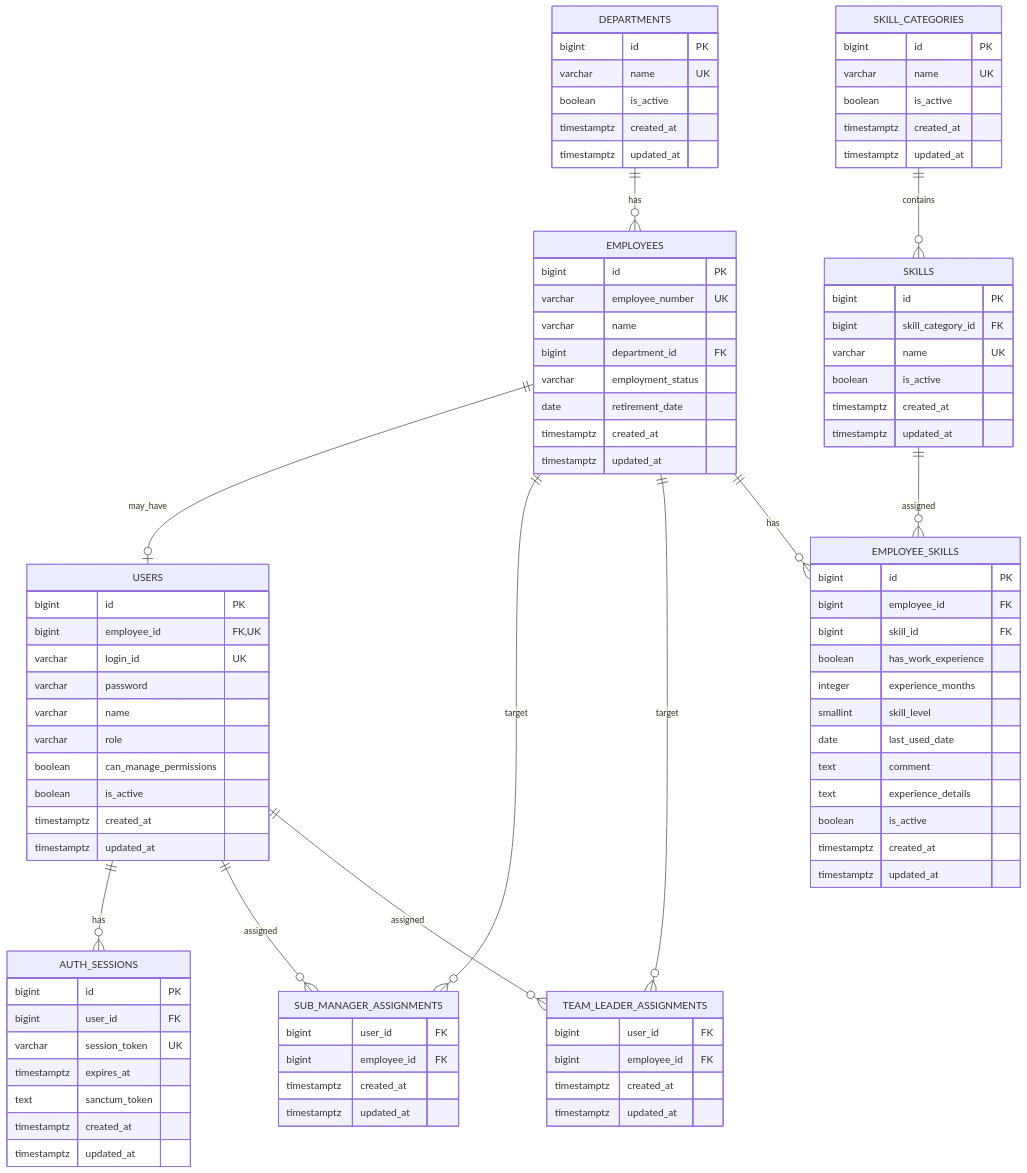
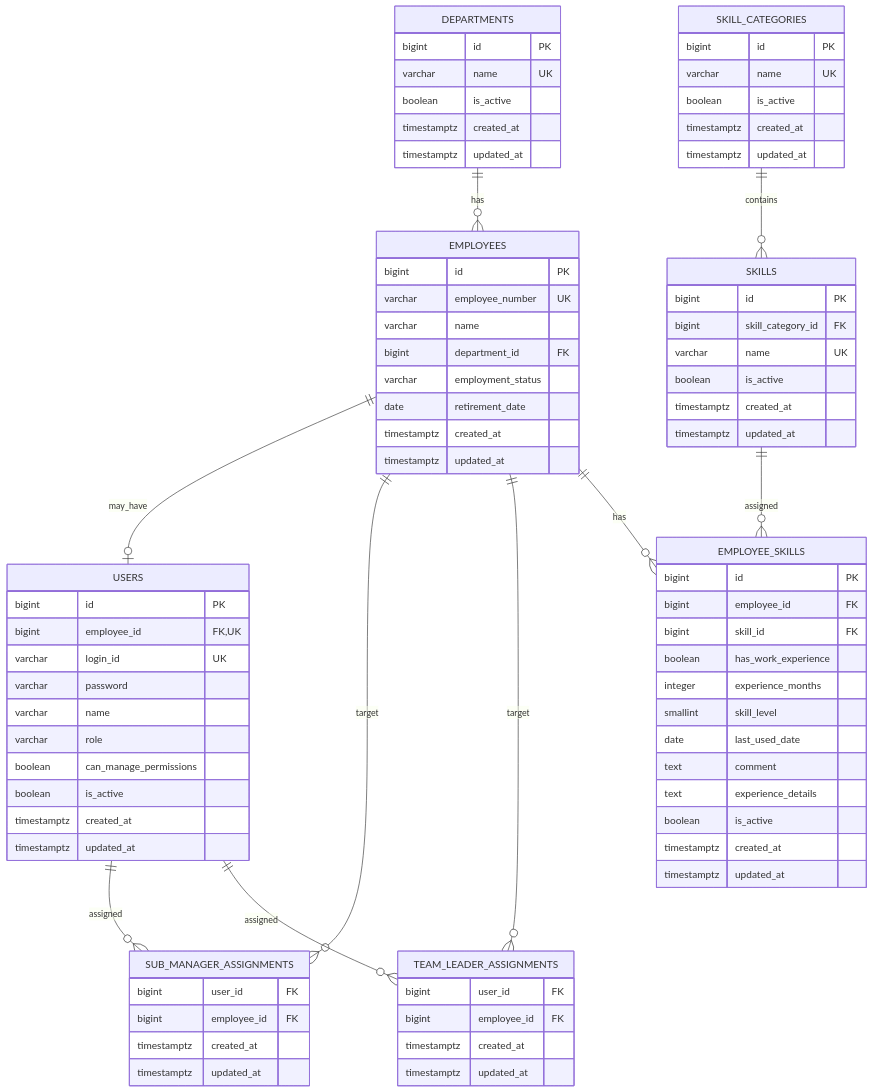
Before and after one commit to rysk1013/engineer-skill-management-app: the diagram in docs/03_システム設計/01_データベース/02_ER図.md, drawn with Mermaid. The commit also changed 12 other files, not shown here.

````diff
--- a/docs/03_システム設計/01_データベース/02_ER図.md
+++ b/docs/03_システム設計/01_データベース/02_ER図.md
@@ -19,8 +21,6 @@
     DEPARTMENTS ||--o{ EMPLOYEES : has
 
     EMPLOYEES ||--o| USERS : may_have
-
-    USERS ||--o{ AUTH_SESSIONS : has
 
     USERS ||--o{ SUB_MANAGER_ASSIGNMENTS : assigned
     EMPLOYEES ||--o{ SUB_MANAGER_ASSIGNMENTS : target
@@ -110,14 +110,4 @@
         timestamptz created_at
         timestamptz updated_at
     }
-
-    AUTH_SESSIONS {
-        bigint id PK
-        bigint user_id FK
-        varchar session_token UK
-        timestamptz expires_at
-        text sanctum_token
-        timestamptz created_at
-        timestamptz updated_at
-    }
 ```
````
